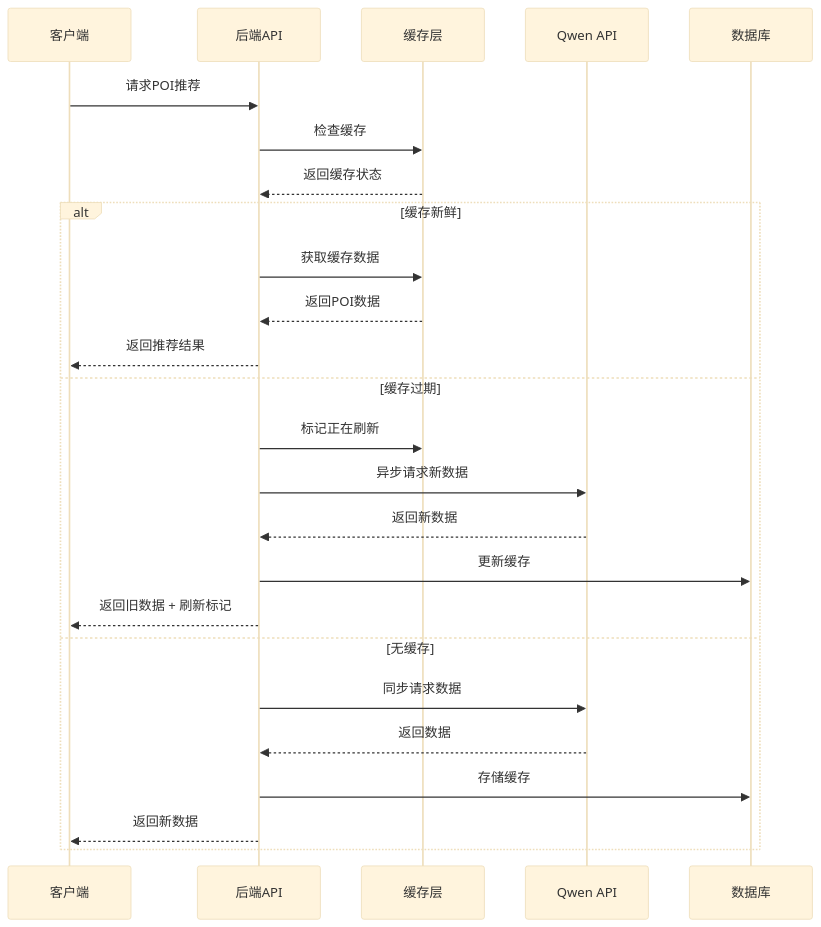
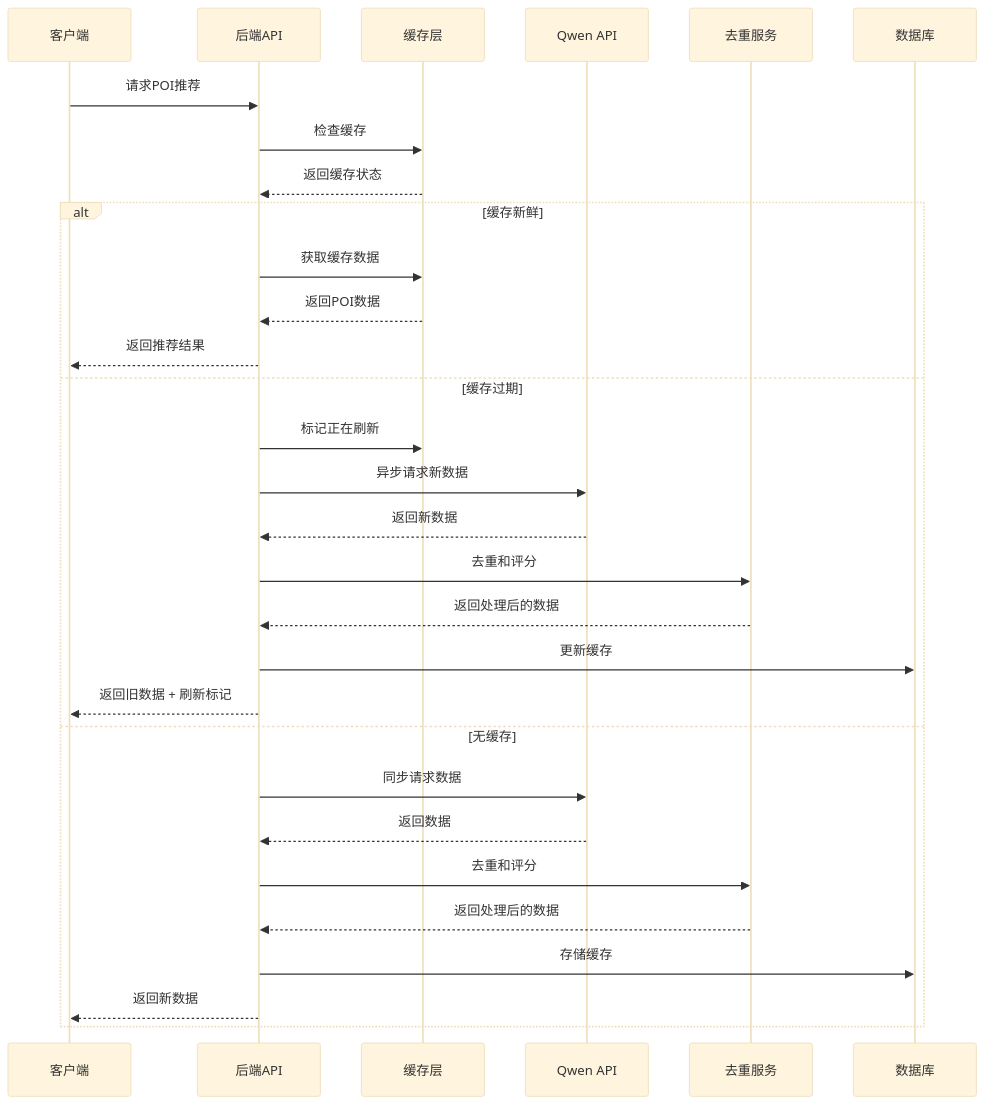
Before and after one commit to ititjjy/AITrip-plan: the second of 27 diagrams in .qoder/repowiki/zh/content/项目概述/核心功能特性/智能旅行规划引擎.md, drawn with Mermaid (base theme). The commit also changed other lines of this file and 144 other files, not shown here.

````diff
--- a/.qoder/repowiki/zh/content/项目概述/核心功能特性/智能旅行规划引擎.md
+++ b/.qoder/repowiki/zh/content/项目概述/核心功能特性/智能旅行规划引擎.md
@@ -86,27 +104,32 @@
 ```mermaid
 sequenceDiagram
 participant Client as 客户端
 participant API as 后端API
 participant Cache as 缓存层
 participant Qwen as Qwen API
+participant Dedup as 去重服务
 participant DB as 数据库
 Client->>API : 请求POI推荐
 API->>Cache : 检查缓存
 Cache-->>API : 返回缓存状态
 alt 缓存新鲜
 API->>Cache : 获取缓存数据
 Cache-->>API : 返回POI数据
 API-->>Client : 返回推荐结果
 else 缓存过期
 API->>Cache : 标记正在刷新
 API->>Qwen : 异步请求新数据
 Qwen-->>API : 返回新数据
+API->>Dedup : 去重和评分
+Dedup-->>API : 返回处理后的数据
 API->>DB : 更新缓存
 API-->>Client : 返回旧数据 + 刷新标记
 else 无缓存
 API->>Qwen : 同步请求数据
 Qwen-->>API : 返回数据
+API->>Dedup : 去重和评分
+Dedup-->>API : 返回处理后的数据
 API->>DB : 存储缓存
 API-->>Client : 返回新数据
 end
 ```
````
